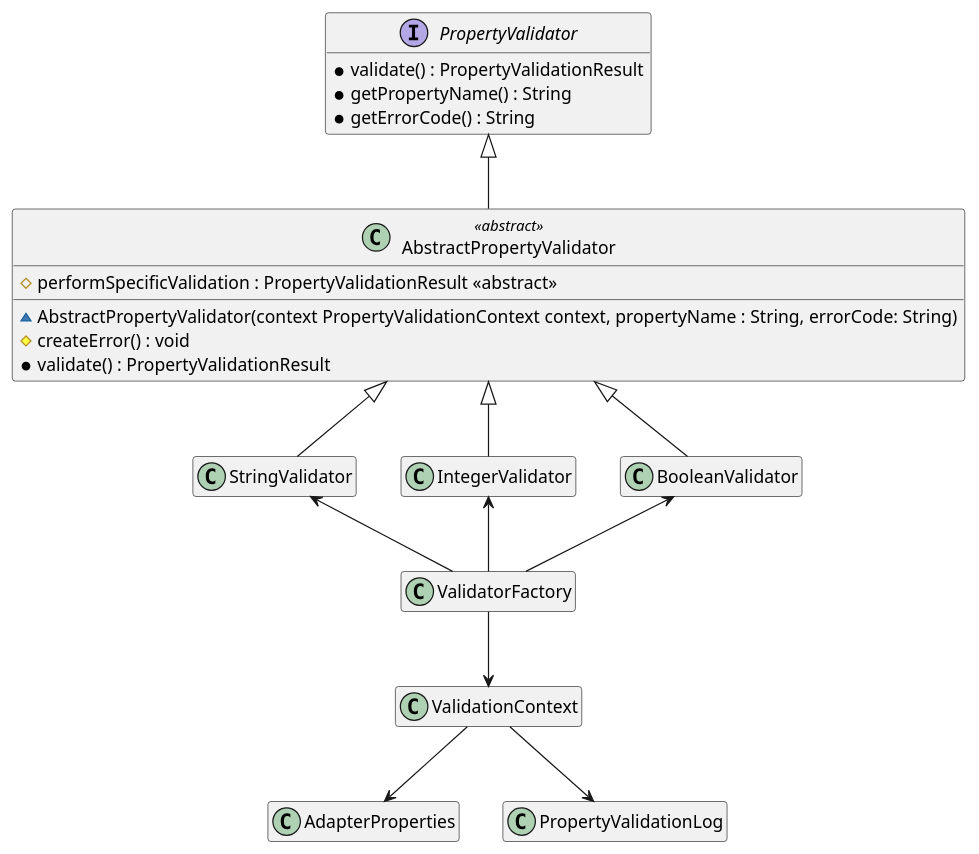
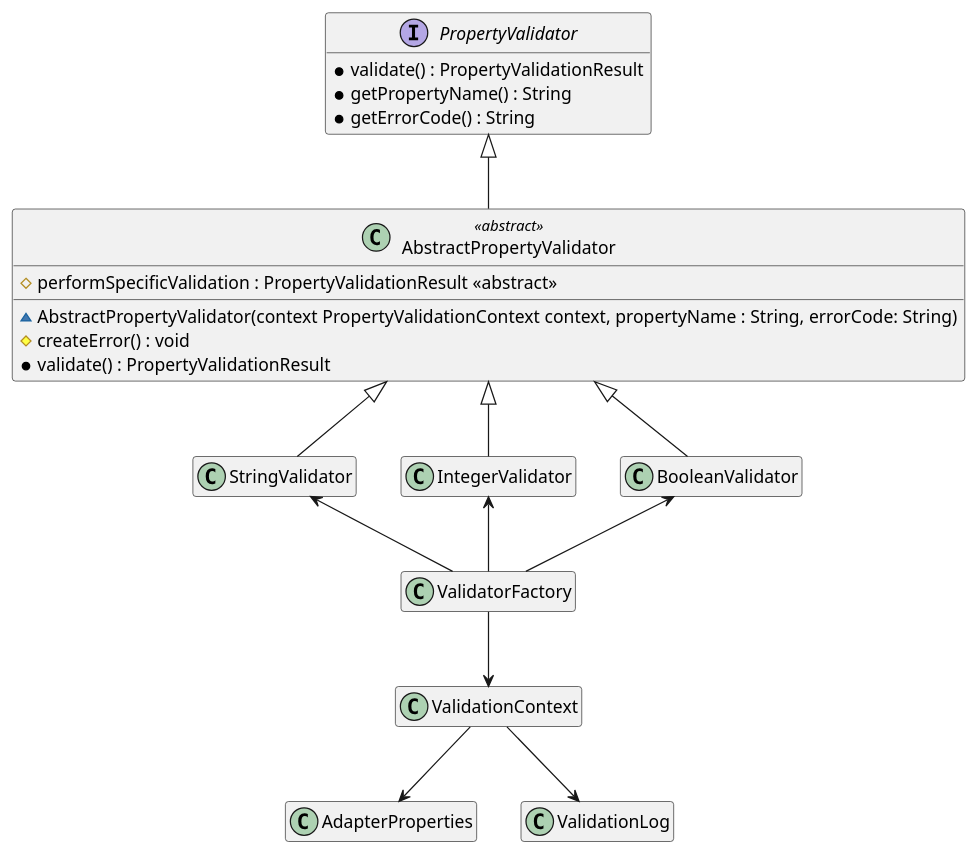
One commit to exasol/virtual-schema-common-java changed the diagram in doc/design.md. Above: the diagram before and after it, drawn with PlantUML. The commit also changed 1 other file, not shown here.

Commit message:
#284: Fixed versions in change log entry.

````diff
--- a/doc/design.md
+++ b/doc/design.md
@@ -7,27 +7,27 @@
 ```plantuml
 hide empty members
 
 interface PropertyValidator {
    * validate() : PropertyValidationResult
    * getPropertyName() : String
    * getErrorCode() : String
 }
 
 class AbstractPropertyValidator <<abstract>> {
     ~ AbstractPropertyValidator(context PropertyValidationContext context, propertyName : String, errorCode: String)
     # createError() : void
     * validate() : PropertyValidationResult
     # performSpecificValidation : PropertyValidationResult <<abstract>>
 }
 
 AbstractPropertyValidator -u-|> PropertyValidator
 ValidatorFactory -d-> ValidationContext
 ValidatorFactory -u-> BooleanValidator
 ValidatorFactory -u-> IntegerValidator
 ValidatorFactory -u-> StringValidator
 ValidationContext --> AdapterProperties
-ValidationContext --> PropertyValidationLog
+ValidationContext --> ValidationLog
 BooleanValidator -u-|> AbstractPropertyValidator
 IntegerValidator -u-|> AbstractPropertyValidator
 StringValidator -u-|> AbstractPropertyValidator
 ```
````
